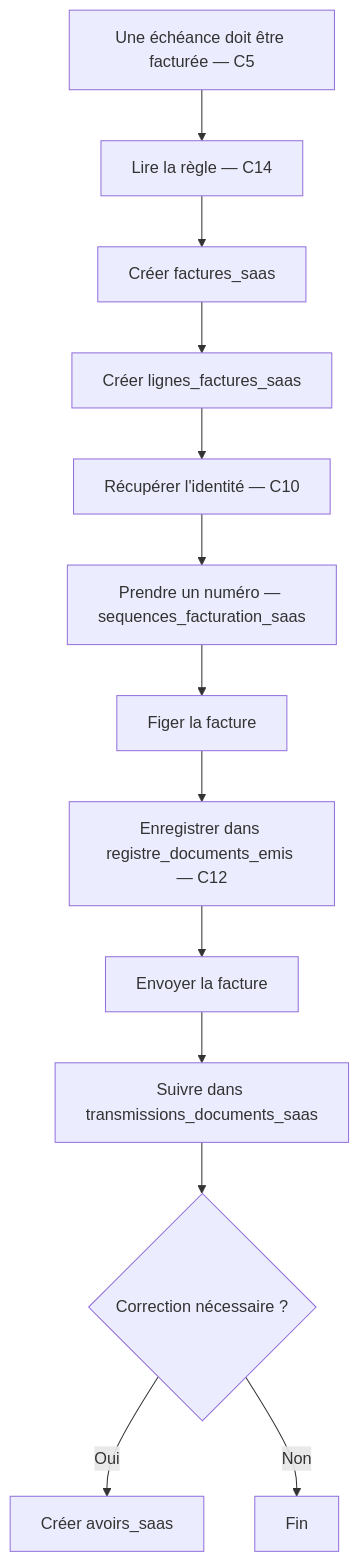
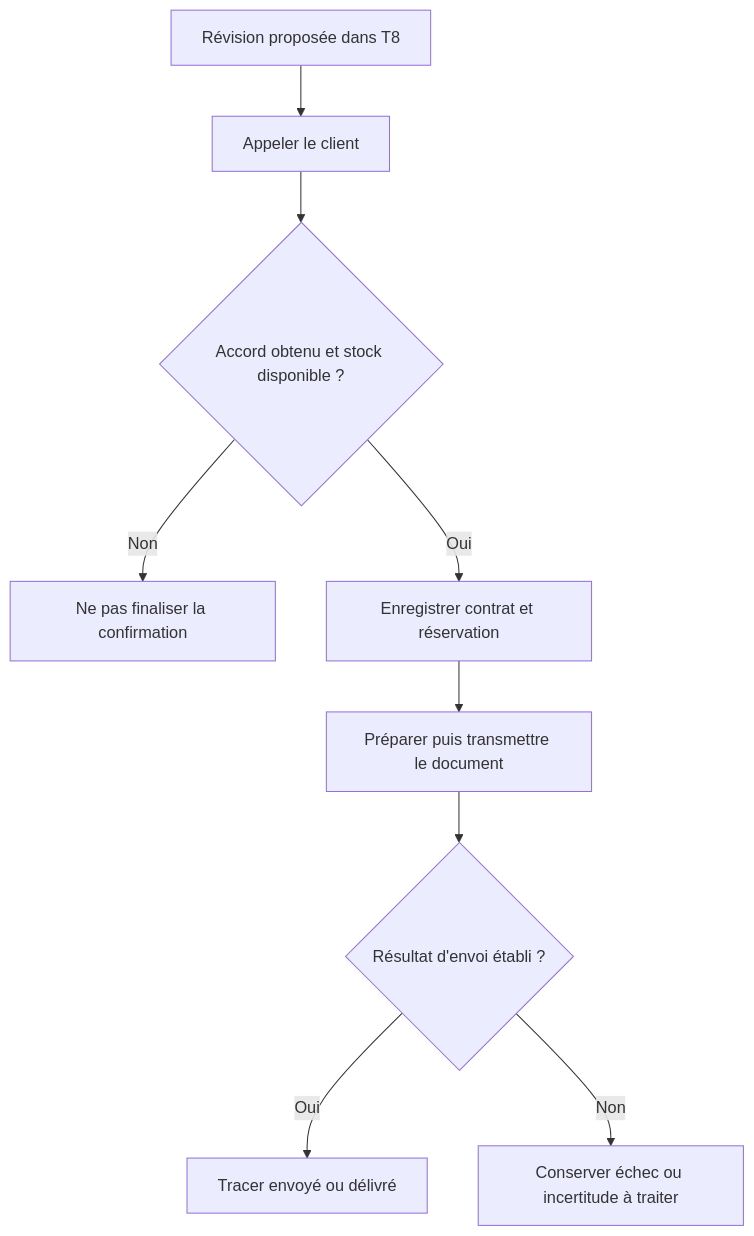
Before and after one commit to unitealfa/saas-ecom: diagram 19 of 23 in BDD-centrale-C1-C14-explication-simple.md, drawn with Mermaid. The commit also changed other lines of this file, not shown here.

````diff
--- a/BDD-centrale-C1-C14-explication-simple.md
+++ b/BDD-centrale-C1-C14-explication-simple.md
@@ -881,15 +1022,11 @@
 ```mermaid
 flowchart TD
-    A["Une échéance doit être facturée — C5"] --> B["Lire la règle — C14"]
-    B --> C["Créer factures_saas"]
-    C --> D["Créer lignes_factures_saas"]
-    D --> E["Récupérer l'identité — C10"]
-    E --> F["Prendre un numéro — sequences_facturation_saas"]
-    F --> G["Figer la facture"]
-    G --> H["Enregistrer dans registre_documents_emis — C12"]
-    H --> I["Envoyer la facture"]
-    I --> J["Suivre dans transmissions_documents_saas"]
-    J --> K{"Correction nécessaire ?"}
-    K -->|Oui| L["Créer avoirs_saas"]
-    K -->|Non| M["Fin"]
+    A["Révision proposée dans T8"] --> B["Appeler le client"]
+    B --> C{"Accord obtenu et stock disponible ?"}
+    C -->|Non| D["Ne pas finaliser la confirmation"]
+    C -->|Oui| E["Enregistrer contrat et réservation"]
+    E --> F["Préparer puis transmettre le document"]
+    F --> G{"Résultat d'envoi établi ?"}
+    G -->|Oui| H["Tracer envoyé ou délivré"]
+    G -->|Non| I["Conserver échec ou incertitude à traiter"]
 ```
````
